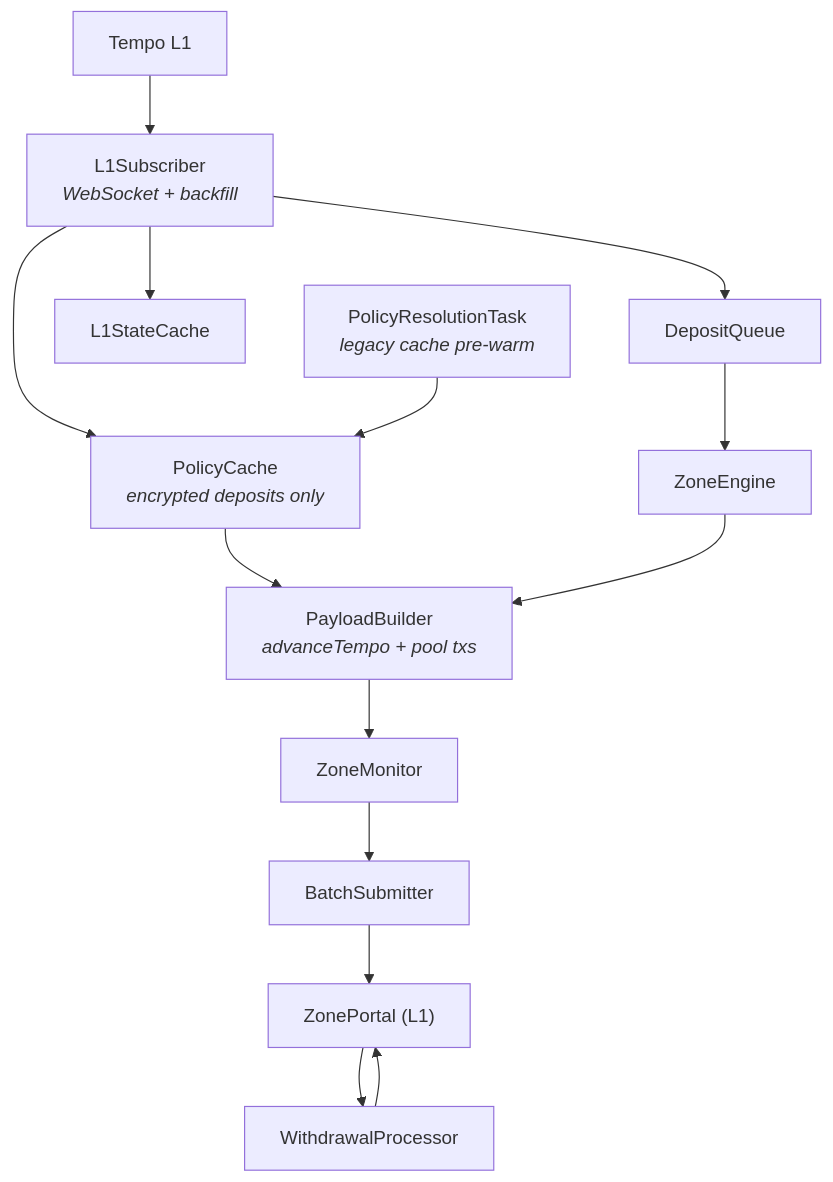
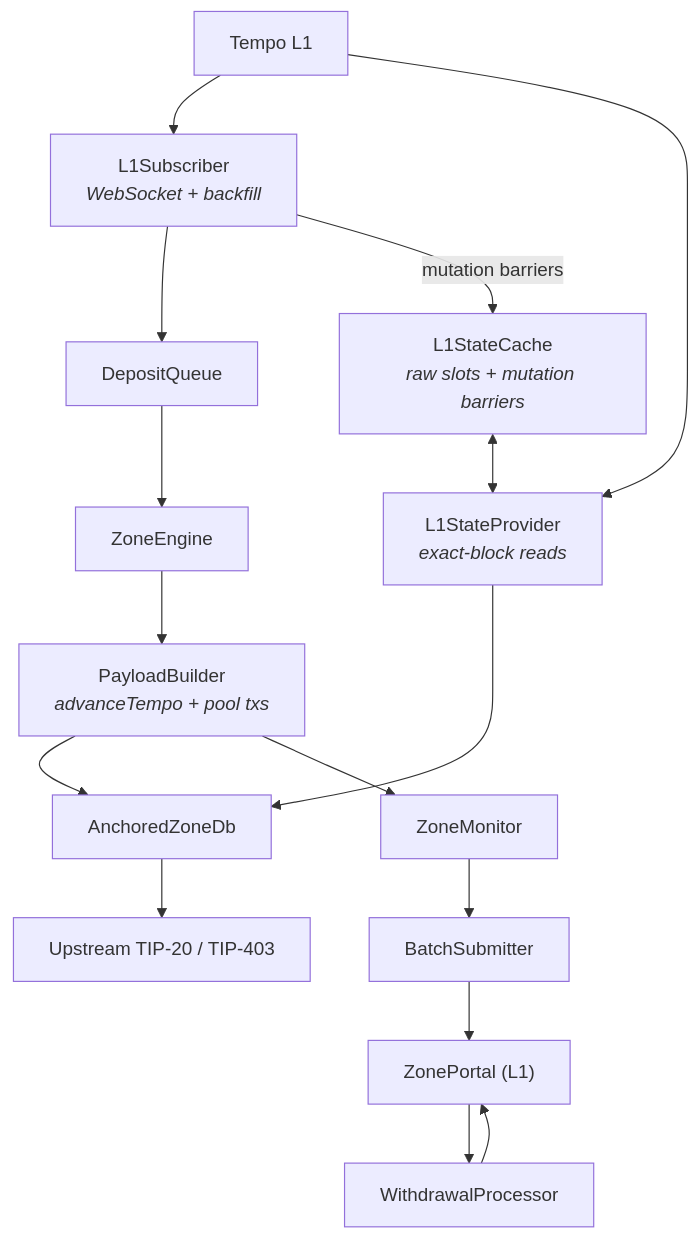
The diagram in crates/node/README.md (tempoxyz/zones), drawn with Mermaid before and after one commit. The commit also changed other lines of this file and 21 other files, not shown here.

Commit message:
feat: fully drop `PolicyProvider`

````diff
--- a/crates/node/README.md
+++ b/crates/node/README.md
@@ -15,32 +15,35 @@
 ```mermaid
 graph TD
     L1["Tempo L1"]
 
     L1Sub["L1Subscriber<br/><i>WebSocket + backfill</i>"]
     DQ["DepositQueue"]
-    Cache["L1StateCache"]
-    PolicyCache["PolicyCache<br/><i>encrypted deposits only</i>"]
+    Cache["L1StateCache<br/><i>raw slots + mutation barriers</i>"]
+    L1Provider["L1StateProvider<br/><i>exact-block reads</i>"]
 
     Engine["ZoneEngine"]
     Builder["PayloadBuilder<br/><i>advanceTempo + pool txs</i>"]
-    PolicyPrefetch["PolicyResolutionTask<br/><i>legacy cache pre-warm</i>"]
+    AnchoredDb["AnchoredZoneDb"]
+    TempoPolicy["Upstream TIP-20 / TIP-403"]
 
     Monitor["ZoneMonitor"]
     Batch["BatchSubmitter"]
     WProc["WithdrawalProcessor"]
     Portal["ZonePortal (L1)"]
 
     L1 --> L1Sub
+    L1 --> L1Provider
     L1Sub --> DQ
-    L1Sub --> PolicyCache
-    L1Sub --> Cache
-    PolicyCache --> Builder
-    PolicyPrefetch --> PolicyCache
+    L1Sub -- mutation barriers --> Cache
+    Cache <--> L1Provider
     DQ --> Engine
     Engine --> Builder
+    Builder --> AnchoredDb
+    L1Provider --> AnchoredDb
+    AnchoredDb --> TempoPolicy
     Builder --> Monitor
     Monitor --> Batch
     Batch --> Portal
     Portal --> WProc
     WProc --> Portal
 ```
````
